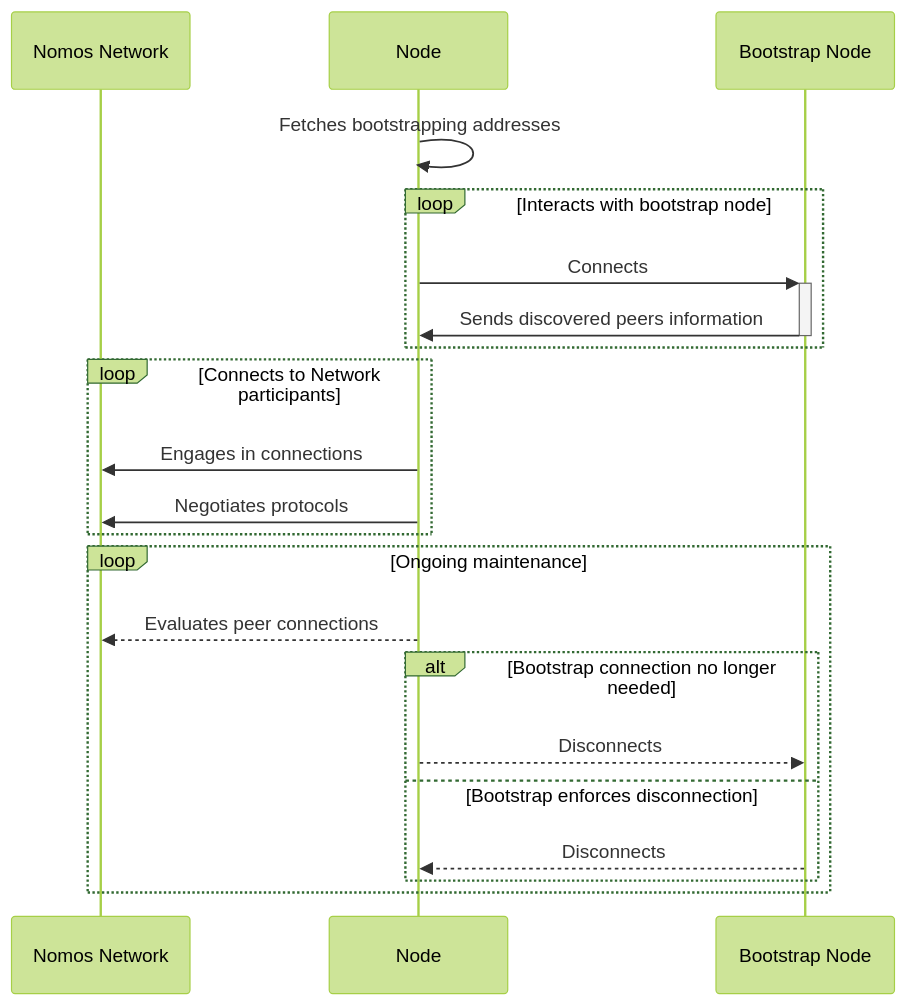
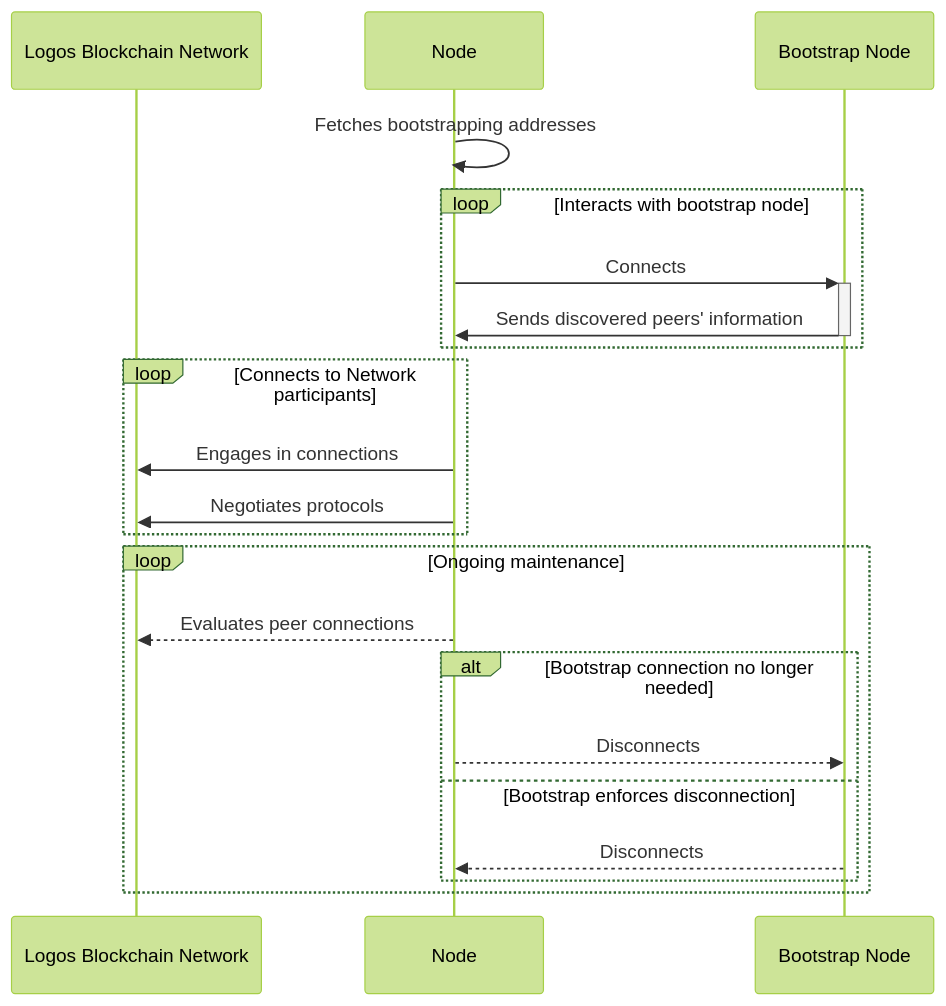
One commit to vacp2p/rfc-index changed the diagram in docs/blockchain/raw/p2p-network-bootstrapping.md. Above: the diagram before and after it, drawn with Mermaid (forest theme). The commit also changed other lines of this file and 569 other files, not shown here.

````diff
--- a/docs/blockchain/raw/p2p-network-bootstrapping.md
+++ b/docs/blockchain/raw/p2p-network-bootstrapping.md
@@ -89,27 +87,27 @@
 ```mermaid
 sequenceDiagram
-    participant Nomos Network
+    participant Logos Blockchain Network
     participant Node
     participant Bootstrap Node
 
     Node->>Node: Fetches bootstrapping addresses
 
     loop Interacts with bootstrap node
         Node->>+Bootstrap Node: Connects
-        Bootstrap Node->>-Node: Sends discovered peers information
+        Bootstrap Node->>-Node: Sends discovered peers' information
     end
 
     loop Connects to Network participants
-        Node->>Nomos Network: Engages in connections
-        Node->>Nomos Network: Negotiates protocols
+        Node->>Logos Blockchain Network: Engages in connections
+        Node->>Logos Blockchain Network: Negotiates protocols
     end
 
     loop Ongoing maintenance
-        Node-->>Nomos Network: Evaluates peer connections
+        Node-->>Logos Blockchain Network: Evaluates peer connections
         alt Bootstrap connection no longer needed
             Node-->>Bootstrap Node: Disconnects
         else Bootstrap enforces disconnection
             Bootstrap Node-->>Node: Disconnects
         end
     end
 ```
````
